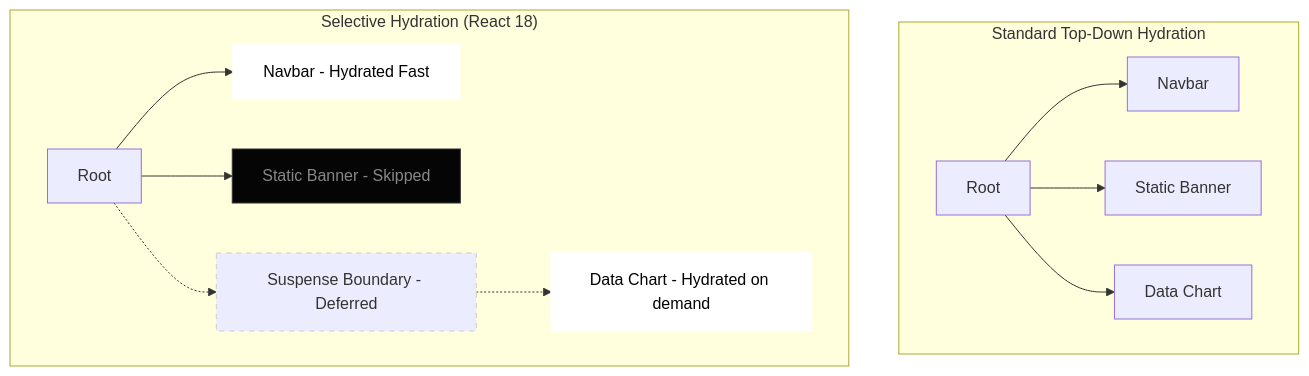
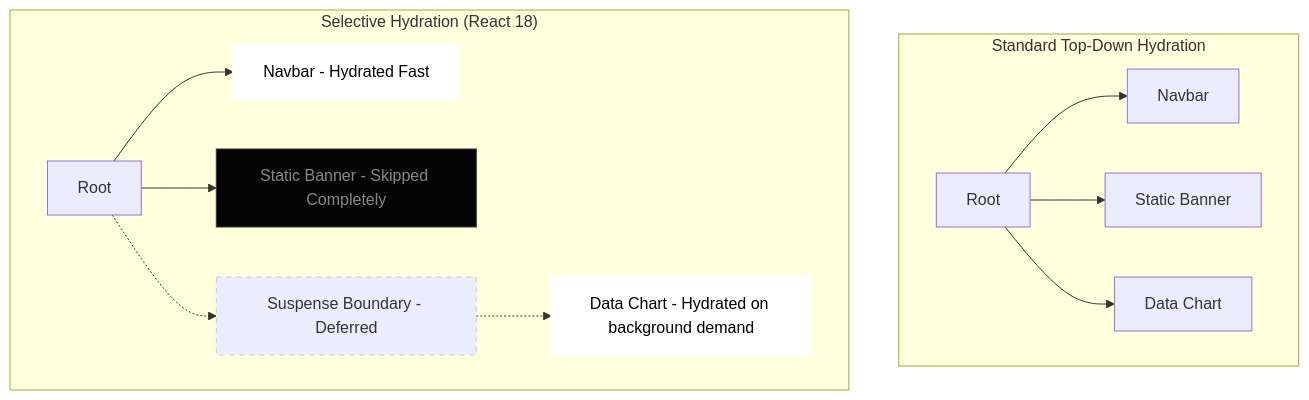
Before and after one commit to prakharp18/fdsheet: the diagram in docs/partial-hydration.md, drawn with Mermaid. The commit also changed other lines of this file and 8 other files, not shown here.

````diff
--- a/docs/partial-hydration.md
+++ b/docs/partial-hydration.md
@@ -32,19 +34,19 @@
 ```mermaid
 graph TD
     classDef static fill:#050505,stroke:#333,stroke-width:1px,color:#888
     classDef dynamic fill:#FFFFFF,stroke:#FFF,stroke-width:2px,color:#000
     classDef suspense stroke-dasharray: 5 5,stroke:#CCC
 
     subgraph "Standard Top-Down Hydration"
         A[Root] --> B[Navbar]
         A --> C[Static Banner]
         A --> D[Data Chart]
     end
 
     subgraph "Selective Hydration (React 18)"
         R[Root] --> N[Navbar - Hydrated Fast]:::dynamic
-        R --> S[Static Banner - Skipped]:::static
+        R --> S[Static Banner - Skipped Completely]:::static
         R -.-> Susp[Suspense Boundary - Deferred]:::suspense
-        Susp -.-> DC[Data Chart - Hydrated on demand]:::dynamic
+        Susp -.-> DC[Data Chart - Hydrated on background demand]:::dynamic
     end
 ```
````
